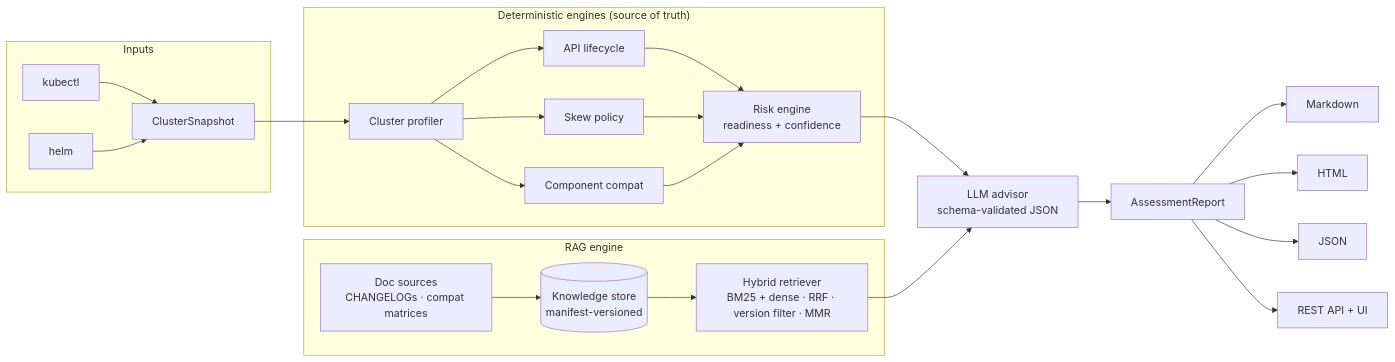
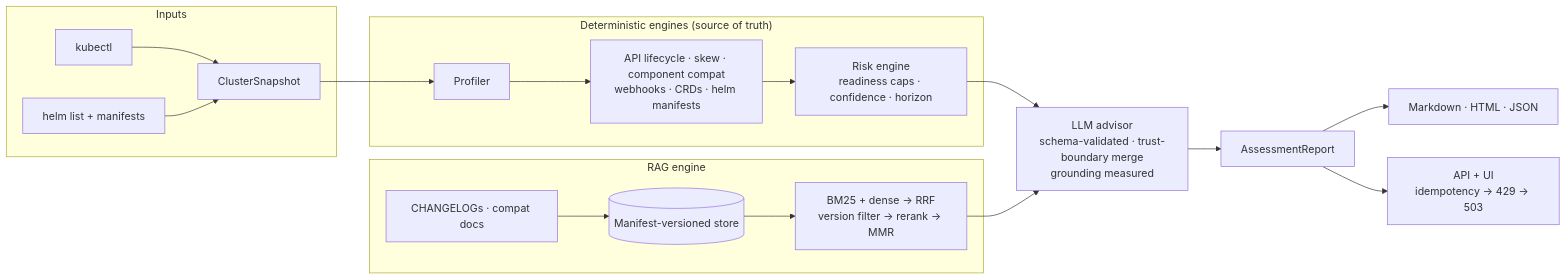
Before and after one commit to ravisinghrajput95/AI-Kubernetes-Upgrade-Advisor: the diagram in README.md, drawn with Mermaid. The commit also changed other lines of this file and 9 other files, not shown here.

````diff
--- a/README.md
+++ b/README.md
@@ -99,22 +98,21 @@
 ```mermaid
 flowchart LR
     subgraph Inputs
         K[kubectl] --> SN[ClusterSnapshot]
-        H[helm] --> SN
+        H[helm list + manifests] --> SN
     end
     subgraph Deterministic["Deterministic engines (source of truth)"]
-        SN --> PR[Cluster profiler]
-        PR --> AL[API lifecycle]
-        PR --> SK[Skew policy]
-        PR --> CO[Component compat]
-        AL & SK & CO --> RK[Risk engine<br/>readiness + confidence]
+        SN --> PR[Profiler]
+        PR --> AN["API lifecycle · skew · component compat<br/>webhooks · CRDs · helm manifests"]
+        AN --> RK[Risk engine<br/>readiness caps · confidence · horizon]
     end
     subgraph RAG["RAG engine"]
-        SRC[Doc sources<br/>CHANGELOGs · compat matrices] --> KB[(Knowledge store<br/>manifest-versioned)]
-        KB --> RET[Hybrid retriever<br/>BM25 + dense · RRF · version filter · MMR]
+        SRC[CHANGELOGs · compat docs] --> KB[(Manifest-versioned store)]
+        KB --> RET["BM25 + dense → RRF<br/>version filter → rerank → MMR"]
     end
-    RK --> LLM[LLM advisor<br/>schema-validated JSON]
+    RK --> LLM["LLM advisor<br/>schema-validated · trust-boundary merge<br/>grounding measured"]
     RET --> LLM
     LLM --> REP[AssessmentReport]
-    REP --> MD[Markdown] & HTML & JSON & API[REST API + UI]
+    REP --> OUT[Markdown · HTML · JSON]
+    REP --> API["API + UI<br/>idempotency → 429 → 503"]
 ```
````
